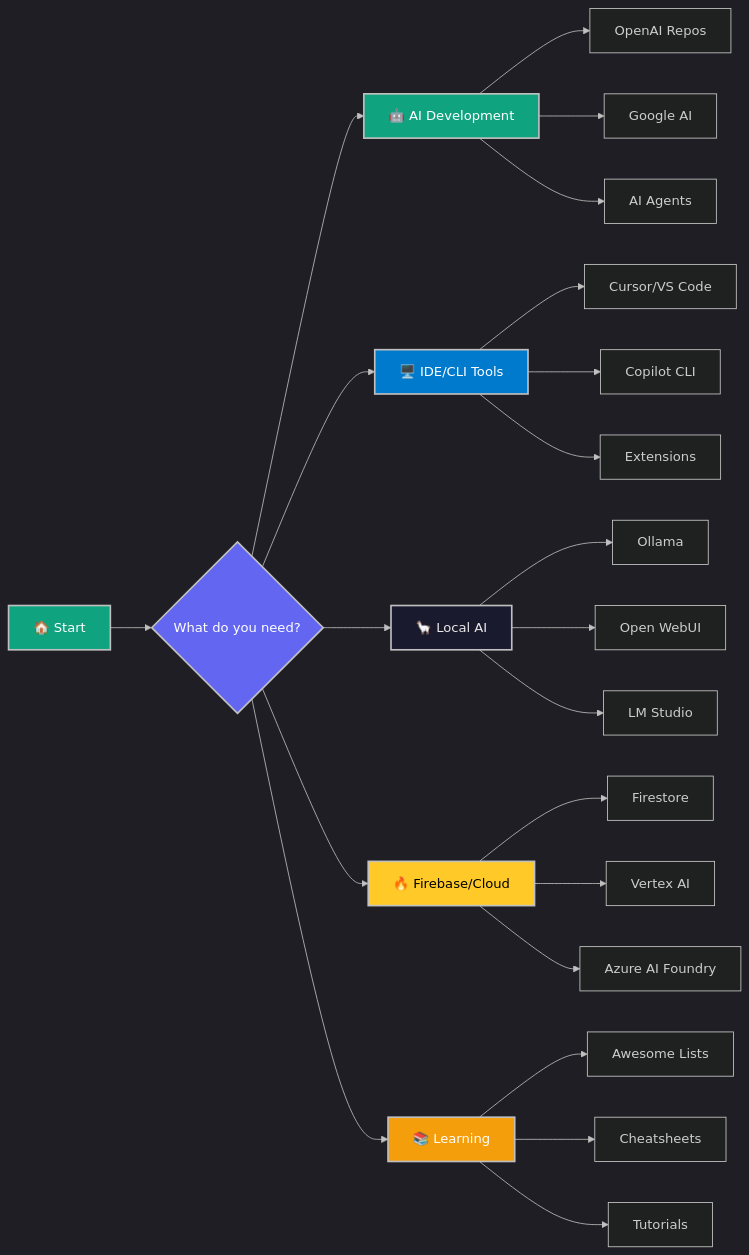
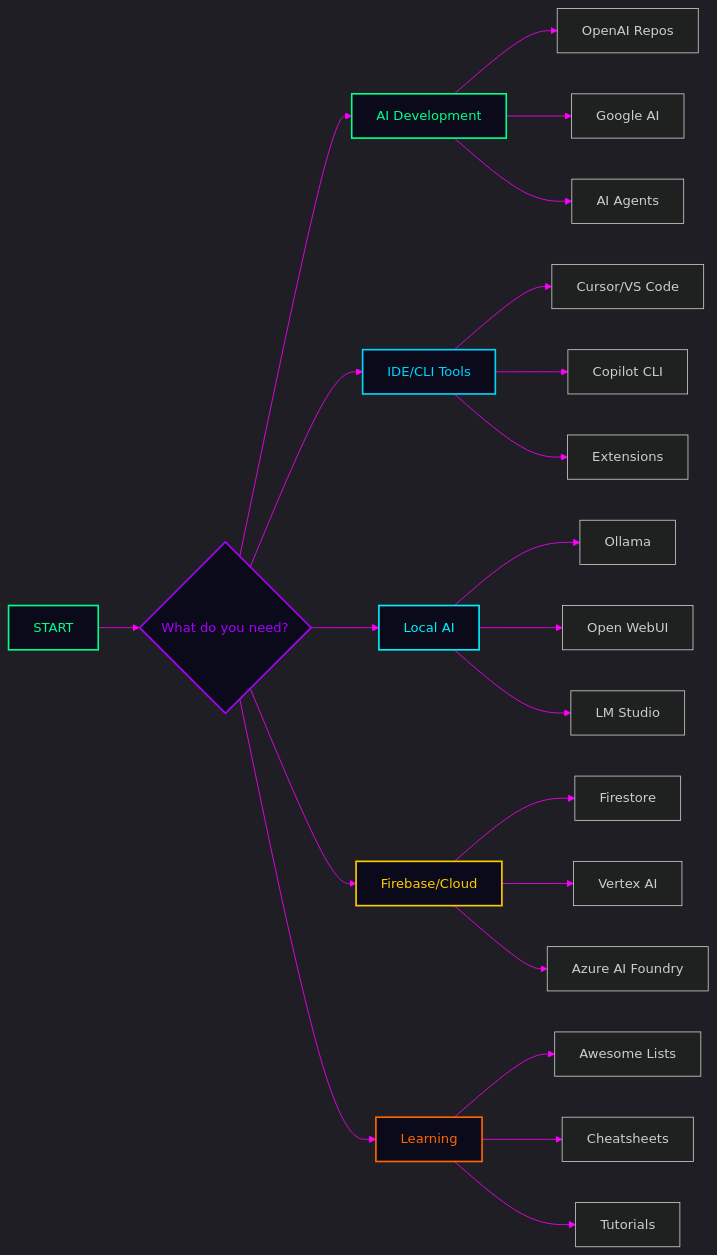
Before and after one commit to SpiralCloudOmega/DevTeam6: the fourth of 9 diagrams in README.md, drawn with Mermaid. The commit also changed other lines of this file, not shown here.

Commit message:
Add dark cyberpunk theme colors and improve text readability in mermaid diagrams

````diff
--- a/README.md
+++ b/README.md
@@ -345,38 +345,38 @@
 ```mermaid
-%%{init: {'theme': 'dark', 'themeVariables': { 'primaryColor': '#1a1a2e', 'primaryTextColor': '#e8e8e8', 'primaryBorderColor': '#c0c0c0', 'lineColor': '#c0c0c0', 'secondaryColor': '#1a1a2e'}}}%%
+%%{init: {'theme': 'dark', 'themeVariables': { 'primaryColor': '#0a0a1a', 'primaryTextColor': '#ffffff', 'primaryBorderColor': '#00f0ff', 'lineColor': '#ff00ff', 'secondaryColor': '#0a0a1a', 'fontFamily': 'JetBrains Mono, monospace'}}}%%
 graph LR
-    A[🏠 Start] --> B{What do you need?}
-    B --> C[🤖 AI Development]
-    B --> D[🖥️ IDE/CLI Tools]
-    B --> E[🦙 Local AI]
-    B --> F[🔥 Firebase/Cloud]
-    B --> G[📚 Learning]
+    A[START] --> B{What do you need?}
+    B --> C[AI Development]
+    B --> D[IDE/CLI Tools]
+    B --> E[Local AI]
+    B --> F[Firebase/Cloud]
+    B --> G[Learning]
     
     C --> C1[OpenAI Repos]
     C --> C2[Google AI]
     C --> C3[AI Agents]
     
     D --> D1[Cursor/VS Code]
     D --> D2[Copilot CLI]
     D --> D3[Extensions]
     
     E --> E1[Ollama]
     E --> E2[Open WebUI]
     E --> E3[LM Studio]
     
     F --> F1[Firestore]
     F --> F2[Vertex AI]
     F --> F3[Azure AI Foundry]
     
     G --> G1[Awesome Lists]
     G --> G2[Cheatsheets]
     G --> G3[Tutorials]
     
-    style A fill:#10a37f,stroke:#c0c0c0,stroke-width:2px,color:#fff
-    style B fill:#6366f1,stroke:#c0c0c0,stroke-width:2px,color:#fff
-    style C fill:#10a37f,stroke:#c0c0c0,stroke-width:2px,color:#fff
-    style D fill:#007acc,stroke:#c0c0c0,stroke-width:2px,color:#fff
-    style E fill:#1a1a2e,stroke:#c0c0c0,stroke-width:2px,color:#e8e8e8
-    style F fill:#FFCA28,stroke:#c0c0c0,stroke-width:2px,color:#000
-    style G fill:#f59e0b,stroke:#c0c0c0,stroke-width:2px,color:#fff
+    style A fill:#0a0a1a,stroke:#00ff88,stroke-width:2px,color:#00ff88
+    style B fill:#0a0a1a,stroke:#aa00ff,stroke-width:2px,color:#aa00ff
+    style C fill:#0a0a1a,stroke:#00ff88,stroke-width:2px,color:#00ff88
+    style D fill:#0a0a1a,stroke:#00d4ff,stroke-width:2px,color:#00d4ff
+    style E fill:#0a0a1a,stroke:#00f0ff,stroke-width:2px,color:#00f0ff
+    style F fill:#0a0a1a,stroke:#ffcc00,stroke-width:2px,color:#ffcc00
+    style G fill:#0a0a1a,stroke:#ff6600,stroke-width:2px,color:#ff6600
 ```
````
